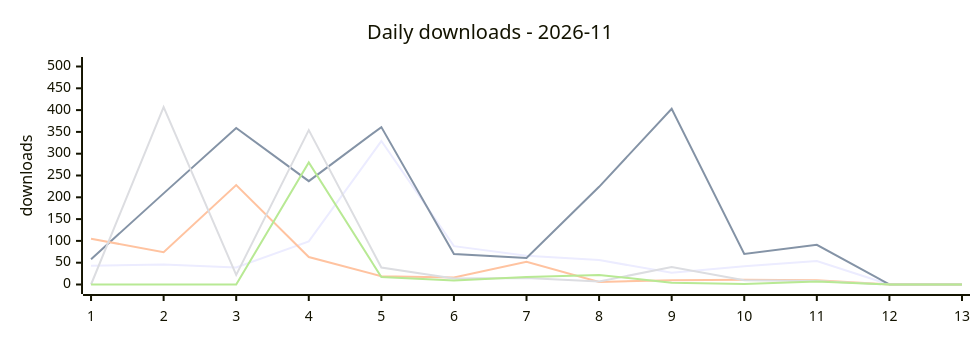
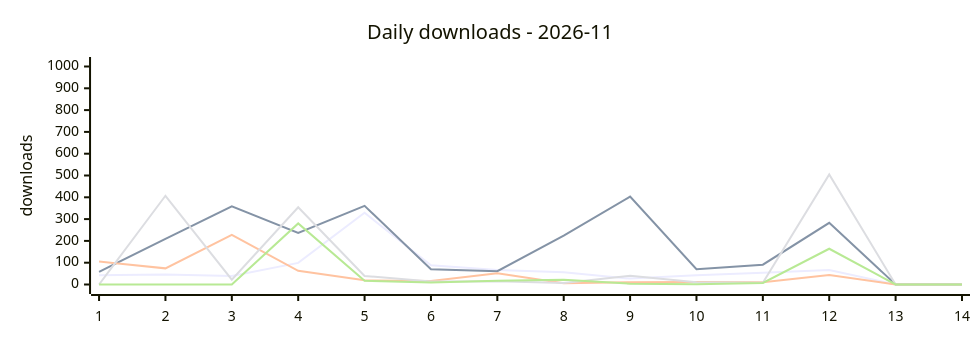
One commit to terry2010/npm-downloads-tracker changed the first of 2 diagrams in DASHBOARD.md. Above: the diagram before and after it, drawn with Mermaid. The commit also changed other lines of this file and 1 other file, not shown here.

Commit message:
chore: update npm downloads dashboard

````diff
--- a/DASHBOARD.md
+++ b/DASHBOARD.md
@@ -25,12 +25,12 @@
 ```mermaid
 %%{init: {'xyChart': {'width': 960, 'height': 320}}}%%
 xychart-beta
     title "Daily downloads - 2026-11"
-    x-axis ["1", "2", "3", "4", "5", "6", "7", "8", "9", "10", "11", "12", "13"]
-    y-axis "downloads" 0 --> 500
-    line "dsh-loop-recover" [43, 46, 39, 99, 329, 88, 66, 56, 27, 42, 54, 0, 0]
-    line "dsh-rss-news-daily" [58, 209, 359, 237, 361, 70, 61, 224, 403, 70, 91, 0, 0]
-    line "opencode-loop-recover" [105, 74, 228, 63, 19, 16, 52, 6, 10, 11, 10, 0, 0]
-    line "oc-market-quail-zephyr-72a0" [0, 407, 22, 354, 39, 14, 15, 7, 40, 10, 8, 0, 0]
-    line "awesome-opencode-market" [0, 0, 0, 280, 17, 9, 17, 22, 4, 1, 7, 0, 0]
+    x-axis ["1", "2", "3", "4", "5", "6", "7", "8", "9", "10", "11", "12", "13", "14"]
+    y-axis "downloads" 0 --> 1000
+    line "dsh-loop-recover" [43, 46, 39, 99, 329, 88, 66, 56, 27, 42, 54, 66, 0, 0]
+    line "dsh-rss-news-daily" [58, 209, 359, 237, 361, 70, 61, 224, 403, 70, 91, 283, 0, 0]
+    line "opencode-loop-recover" [105, 74, 228, 63, 19, 16, 52, 6, 10, 11, 10, 43, 0, 0]
+    line "oc-market-quail-zephyr-72a0" [0, 407, 22, 354, 39, 14, 15, 7, 40, 10, 8, 505, 0, 0]
+    line "awesome-opencode-market" [0, 0, 0, 280, 17, 9, 17, 22, 4, 1, 7, 164, 0, 0]
 ```
````
